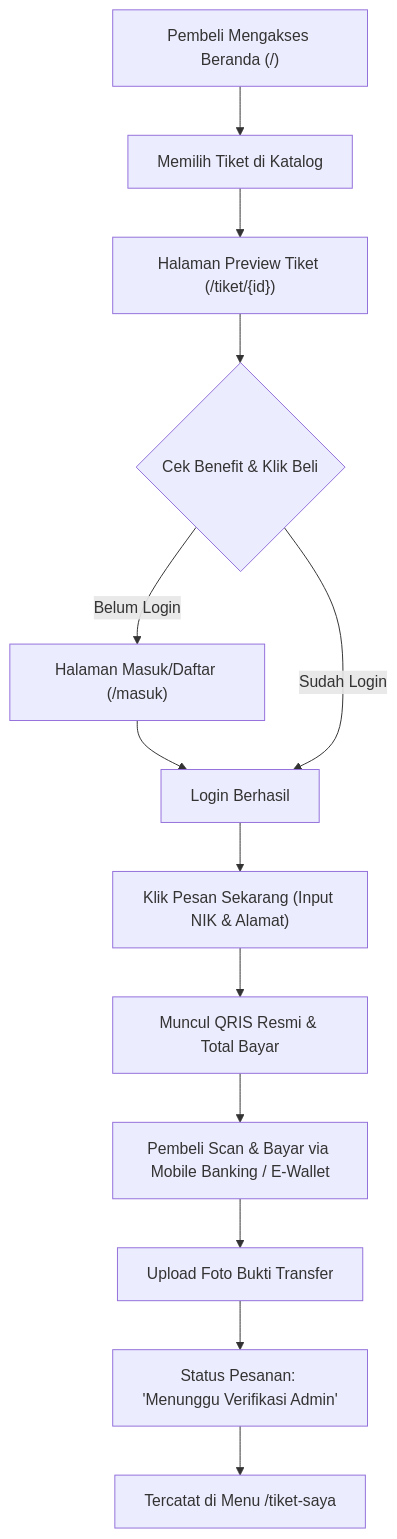
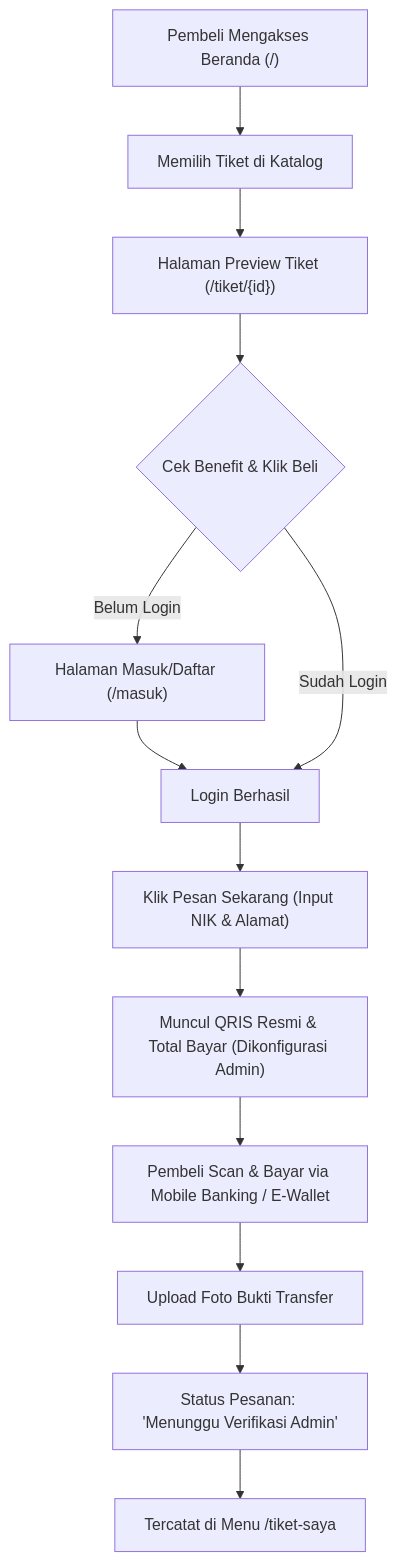
The first of 3 diagrams in SISTEM_LIGHTANDGLOW.md (RimuruTempestCkCK/lightandglowrunbkt), drawn with Mermaid before and after one commit. The commit also changed other lines of this file and 9 other files, not shown here.

````diff
--- a/SISTEM_LIGHTANDGLOW.md
+++ b/SISTEM_LIGHTANDGLOW.md
@@ -215,15 +239,15 @@
 ```mermaid
 flowchart TD
     A["Pembeli Mengakses Beranda (/)"] --> B["Memilih Tiket di Katalog"]
     B --> C["Halaman Preview Tiket (/tiket/{id})"]
     C --> D{"Cek Benefit & Klik Beli"}
     D -->|Belum Login| E["Halaman Masuk/Daftar (/masuk)"]
     E --> F["Login Berhasil"]
     D -->|Sudah Login| F
     F --> G["Klik Pesan Sekarang (Input NIK & Alamat)"]
-    G --> H["Muncul QRIS Resmi & Total Bayar"]
+    G --> H["Muncul QRIS Resmi & Total Bayar (Dikonfigurasi Admin)"]
     H --> I["Pembeli Scan & Bayar via Mobile Banking / E-Wallet"]
     I --> J["Upload Foto Bukti Transfer"]
     J --> K["Status Pesanan: 'Menunggu Verifikasi Admin'"]
     K --> L["Tercatat di Menu /tiket-saya"]
 ```
````
